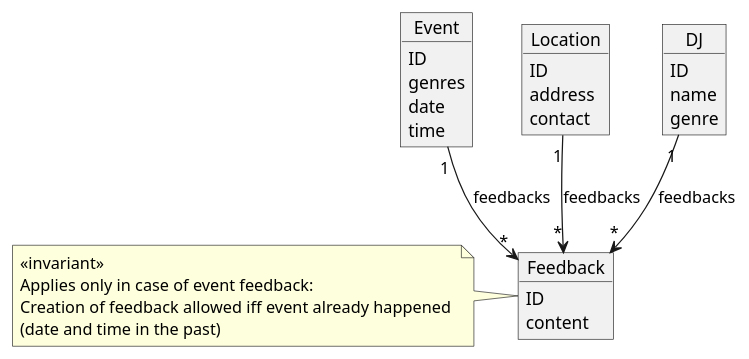
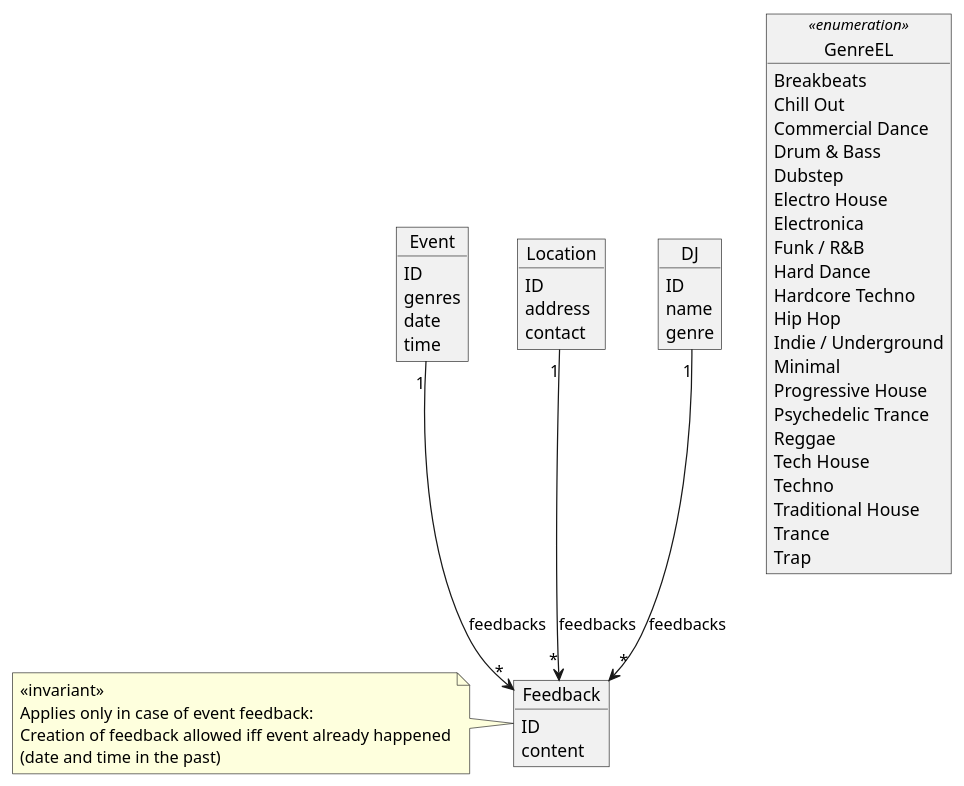
The diagram in uml/dim.puml (germede/djlokal), drawn with PlantUML before and after one commit. The commit also changed 1 other file, not shown here.

Commit message:
Add genre enumeration to diagram

```diff
--- a/uml/dim.puml
+++ b/uml/dim.puml
@@ -1,39 +1,63 @@
 @startuml model
+
+object GenreEL <<enumeration>> {
+  Breakbeats
+  Chill Out
+  Commercial Dance
+  Drum & Bass
+  Dubstep
+  Electro House
+  Electronica
+  Funk / R&B
+  Hard Dance
+  Hardcore Techno
+  Hip Hop
+  Indie / Underground
+  Minimal
+  Progressive House
+  Psychedelic Trance
+  Reggae
+  Tech House
+  Techno
+  Traditional House
+  Trance
+  Trap
+}
 
 object Event {
   ID
   genres
   date
   time
 }
 
 object Location {
   ID
   address
   contact
 }
 
 object DJ {
   ID
   name
   genre
 }
 
 object Feedback {
   ID
   content
 }
 
 note left
   <<invariant>>
   Applies only in case of event feedback:
-  Creation of feedback allowed iff event already happened 
+  Creation of feedback allowed iff event already happened
   (date and time in the past)
 end note
 
 
 Event "1" --> "*" Feedback : feedbacks
 Location "1" --> "*" Feedback : feedbacks
 DJ "1" --> "*" Feedback : feedbacks
 
 @enduml
```
